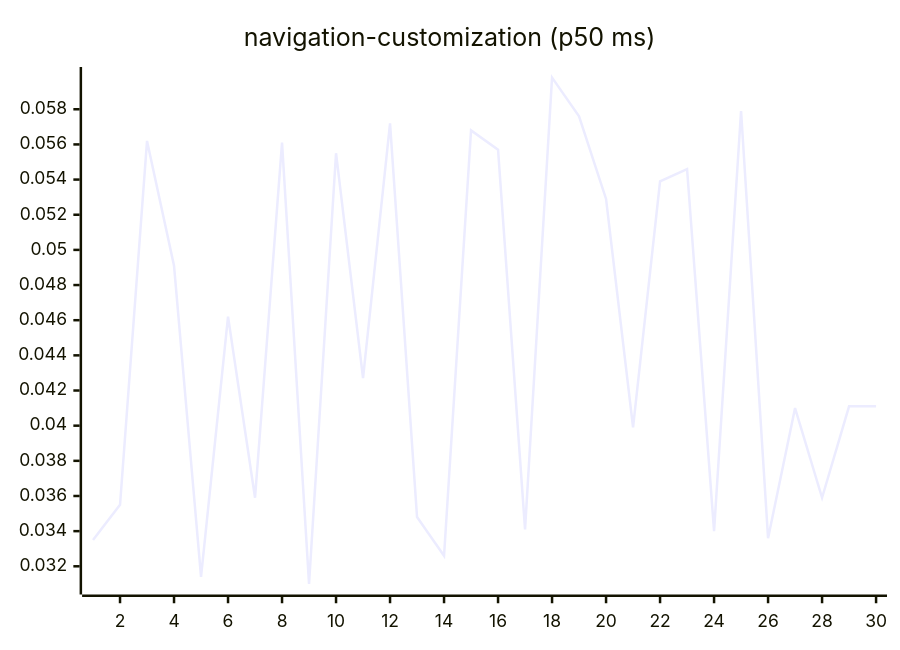
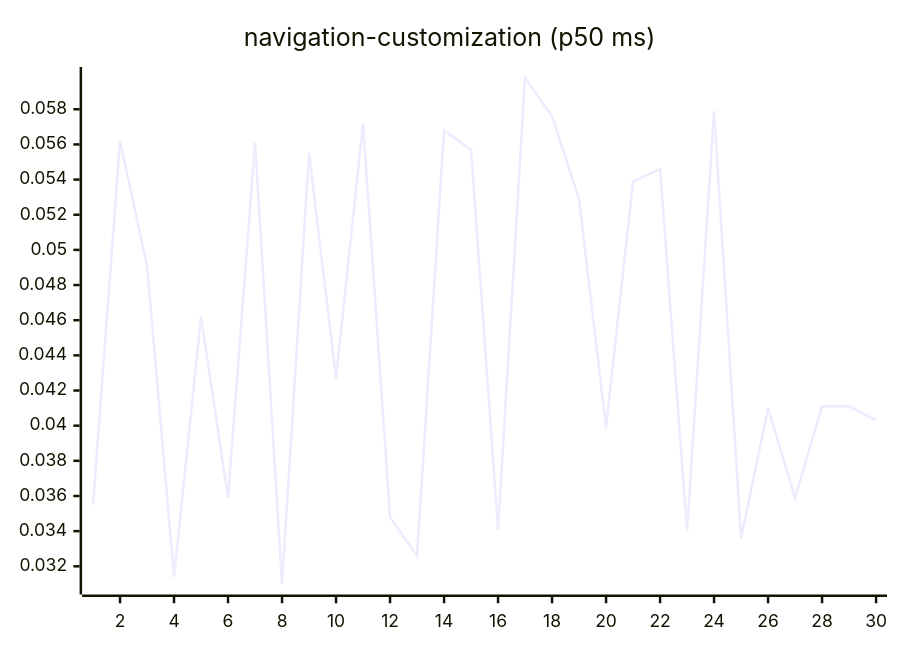
Diagram 15 of 27 in README.md (josha/Facet), drawn with Mermaid before and after one commit. The commit also changed other lines of this file and 2 other files, not shown here.

````diff
--- a/README.md
+++ b/README.md
@@ -161,6 +161,6 @@
 ```mermaid
 xychart-beta
     title "navigation-customization (p50 ms)"
     x-axis 1 --> 30
-    line [0.0335, 0.0355, 0.0562, 0.0491, 0.0314, 0.0462, 0.0359, 0.0561, 0.0310, 0.0555, 0.0427, 0.0572, 0.0348, 0.0326, 0.0568, 0.0557, 0.0341, 0.0598, 0.0576, 0.0529, 0.0399, 0.0539, 0.0546, 0.0340, 0.0579, 0.0336, 0.0410, 0.0359, 0.0411, 0.0411]
+    line [0.0355, 0.0562, 0.0491, 0.0314, 0.0462, 0.0359, 0.0561, 0.0310, 0.0555, 0.0427, 0.0572, 0.0348, 0.0326, 0.0568, 0.0557, 0.0341, 0.0598, 0.0576, 0.0529, 0.0399, 0.0539, 0.0546, 0.0340, 0.0579, 0.0336, 0.0410, 0.0359, 0.0411, 0.0411, 0.0403]
 ```
````
